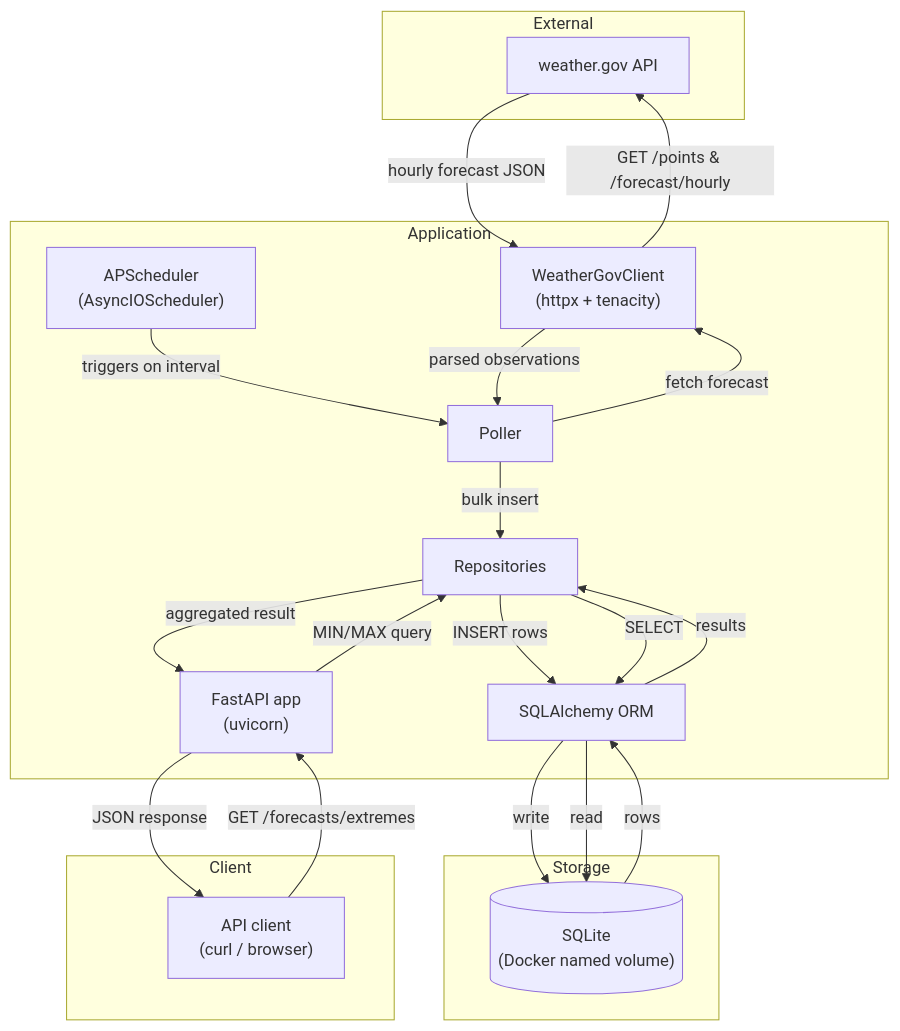
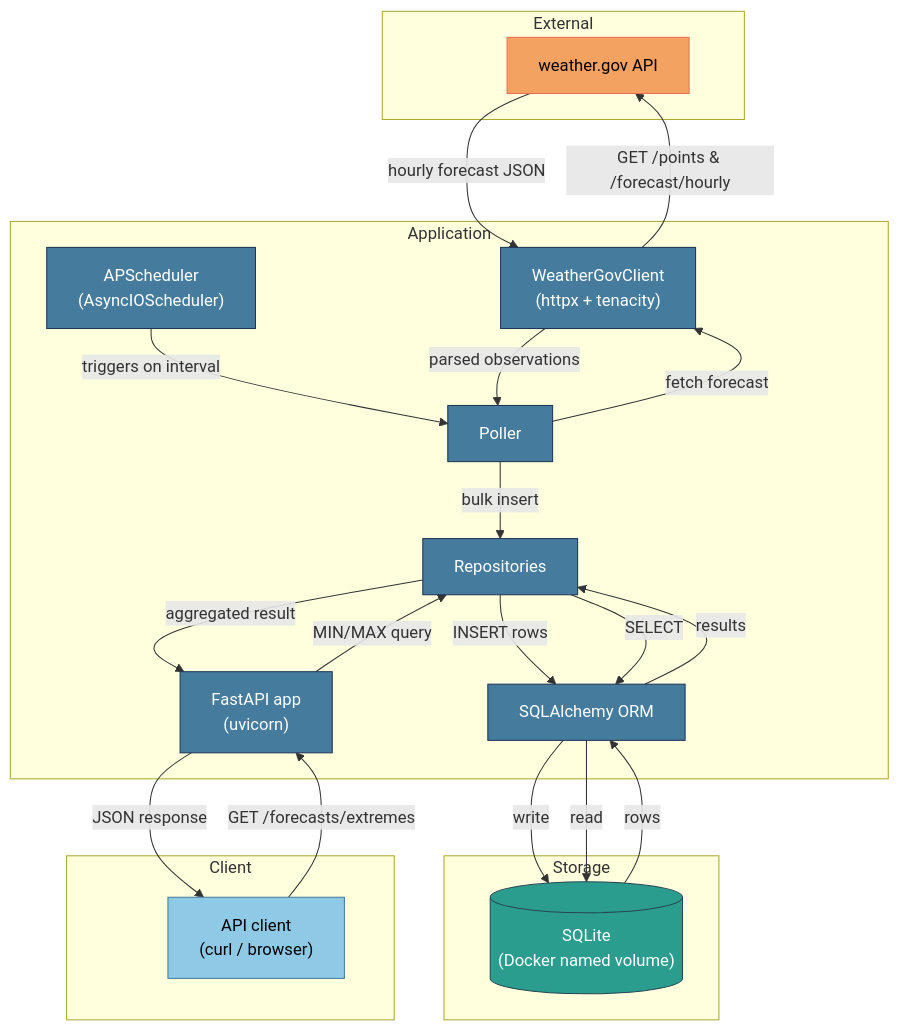
The diagram in docs/architecture.md (kyuksel/weather-tracker), drawn with Mermaid before and after one commit.

Commit message:
Color-code diagram nodes by group in docs/architecture.md
External: orange, Application: blue, Storage: teal, Client: light blue

https://claude.ai/code/session_01WLjnQdMESn26hoRc3mJaxM

````diff
--- a/docs/architecture.md
+++ b/docs/architecture.md
@@ -5,41 +5,51 @@
 ```mermaid
 graph TD
     subgraph External
         WG["weather.gov API"]
     end
 
     subgraph Application
         FA["FastAPI app\n(uvicorn)"]
         SC["APScheduler\n(AsyncIOScheduler)"]
         PL["Poller"]
         WC["WeatherGovClient\n(httpx + tenacity)"]
         RP["Repositories"]
         ORM["SQLAlchemy ORM"]
     end
 
     subgraph Storage
         DB[("SQLite\n(Docker named volume)")]
     end
 
     subgraph Client
         AC["API client\n(curl / browser)"]
     end
 
     SC -->|"triggers on interval"| PL
     PL -->|"fetch forecast"| WC
     WC -->|"GET /points & /forecast/hourly"| WG
     WG -->|"hourly forecast JSON"| WC
     WC -->|"parsed observations"| PL
     PL -->|"bulk insert"| RP
     RP -->|"INSERT rows"| ORM
     ORM -->|"write"| DB
 
     AC -->|"GET /forecasts/extremes"| FA
     FA -->|"MIN/MAX query"| RP
     RP -->|"SELECT"| ORM
     ORM -->|"read"| DB
     DB -->|"rows"| ORM
     ORM -->|"results"| RP
     RP -->|"aggregated result"| FA
     FA -->|"JSON response"| AC
+
+    classDef external  fill:#f4a261,stroke:#e76f51,color:#000
+    classDef app       fill:#457b9d,stroke:#1d3557,color:#fff
+    classDef storage   fill:#2a9d8f,stroke:#264653,color:#fff
+    classDef client    fill:#8ecae6,stroke:#457b9d,color:#000
+
+    class WG external
+    class FA,SC,PL,WC,RP,ORM app
+    class DB storage
+    class AC client
 ```
````
